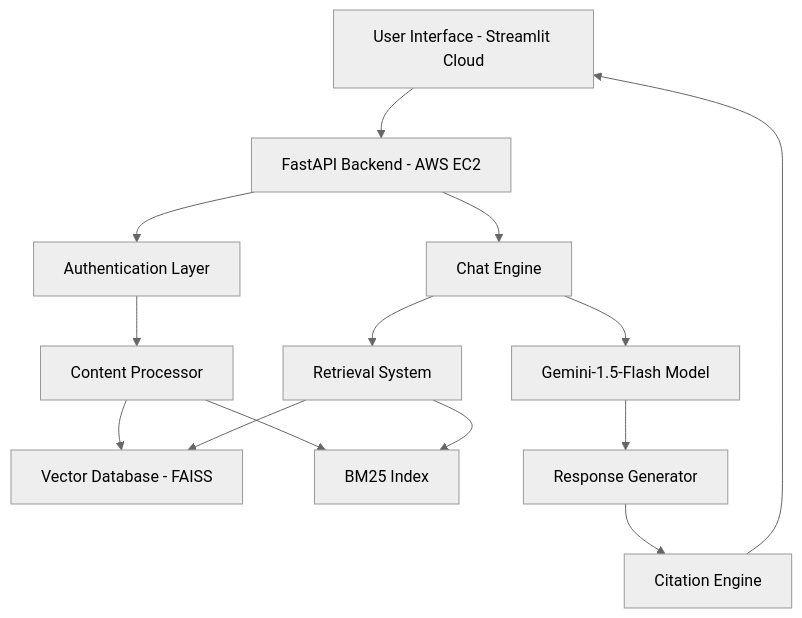
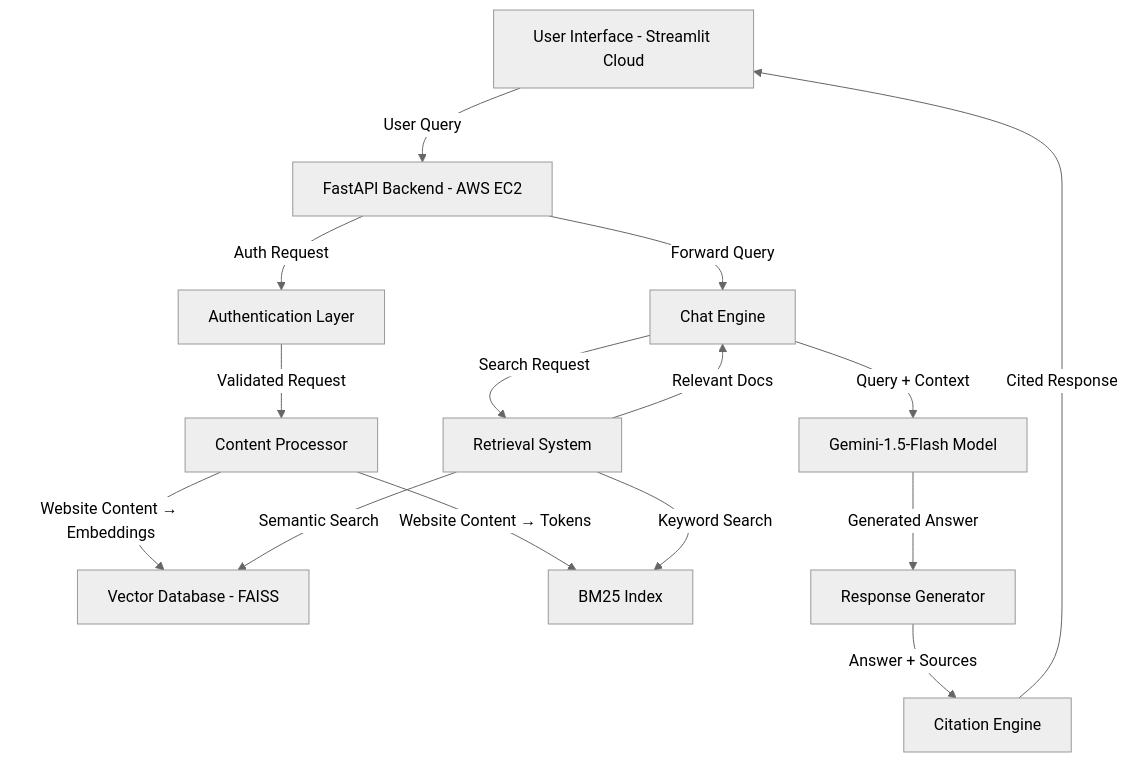
The diagram in README.md (Balaji-itz-me/rag-knowledge-base), drawn with Mermaid (neutral theme) before and after one commit. The commit also changed other lines of this file, not shown here.

````diff
--- a/README.md
+++ b/README.md
@@ -78,16 +80,29 @@
 ```mermaid
 graph TB
-    A[User Interface - Streamlit Cloud] --> B[FastAPI Backend - AWS EC2]
-    B --> C[Authentication Layer]
-    C --> D[Content Processor]
-    D --> E[Vector Database - FAISS]
-    D --> F[BM25 Index]
-    B --> G[Chat Engine]
-    G --> H[Retrieval System]
-    H --> E
-    H --> F
-    G --> I[Gemini-1.5-Flash Model]
-    I --> J[Response Generator]
-    J --> K[Citation Engine]
-    K --> A
+    %% User Input & UI
+    A[User Interface - Streamlit Cloud] -- "User Query" --> B[FastAPI Backend - AWS EC2]
+
+    %% Backend & Auth
+    B -- "Auth Request" --> C[Authentication Layer]
+    C -- "Validated Request" --> D[Content Processor]
+
+    %% Content Processing
+    D -- "Website Content → Embeddings" --> E[Vector Database - FAISS]
+    D -- "Website Content → Tokens" --> F[BM25 Index]
+
+    %% Retrieval Flow
+    B -- "Forward Query" --> G[Chat Engine]
+    G -- "Search Request" --> H[Retrieval System]
+    H -- "Semantic Search" --> E
+    H -- "Keyword Search" --> F
+    H -- "Relevant Docs" --> G
+
+    %% LLM Integration
+    G -- "Query + Context" --> I[Gemini-1.5-Flash Model]
+    I -- "Generated Answer" --> J[Response Generator]
+    J -- "Answer + Sources" --> K[Citation Engine]
+
+    %% Final Response
+    K -- "Cited Response" --> A
+
 ```
````
